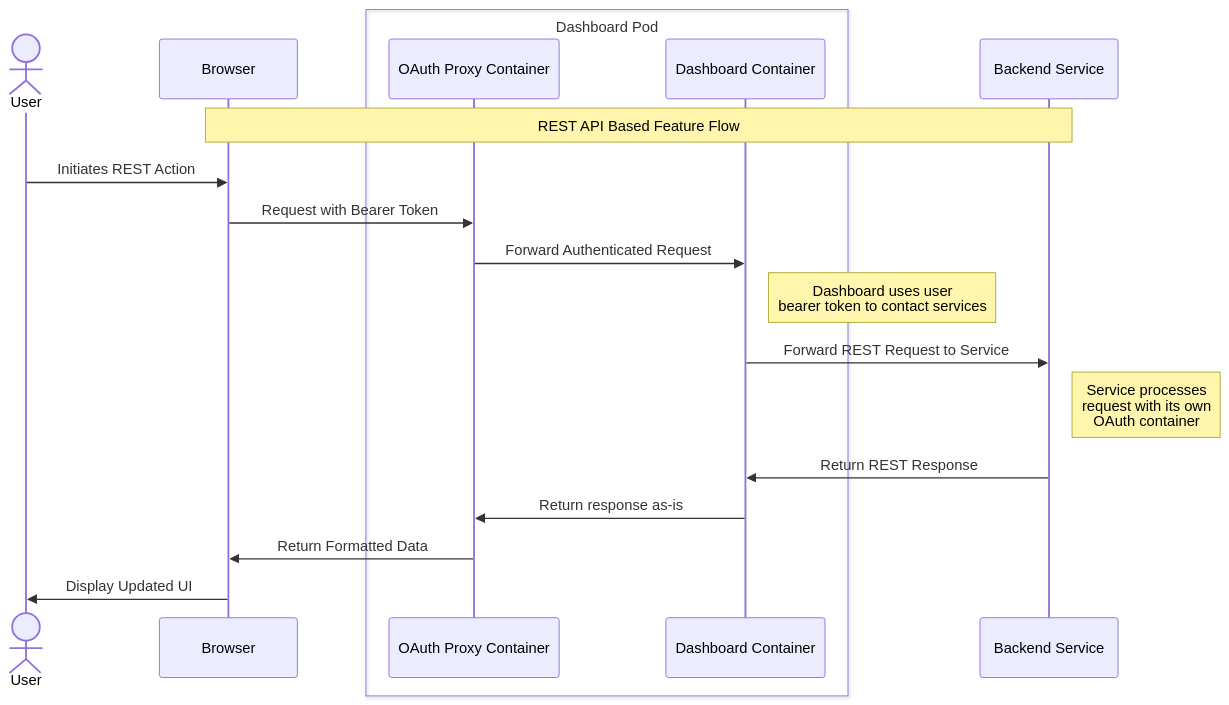
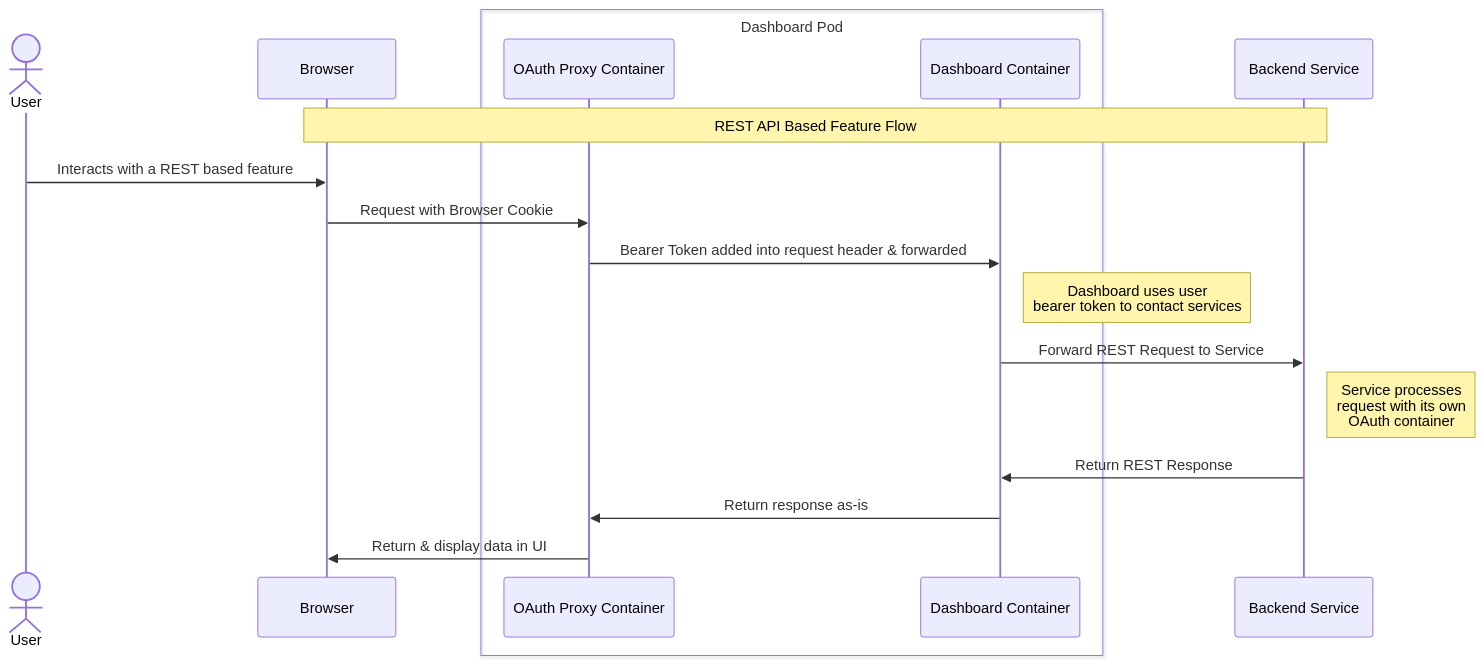
One commit to opendatahub-io/architecture-decision-records changed the fourth of 4 diagrams in documentation/components/dashboard/README.md. Above: the diagram before and after it, drawn with Mermaid. The commit also changed other lines of this file, not shown here.

Commit message:
Apply suggestions from code review
Bulk commit suggestions (thanks @andrew!)

````diff
--- a/documentation/components/dashboard/README.md
+++ b/documentation/components/dashboard/README.md
@@ -122,25 +122,24 @@
 ```mermaid
 sequenceDiagram
     actor User
     participant Browser
     box Dashboard Pod
     participant OAuthProxy as OAuth Proxy Container
     participant Dashboard as Dashboard Container
     end
     participant Service as Backend Service
     
     Note over Browser,Service: REST API Based Feature Flow
     
-    User->>Browser: Initiates REST Action
-    Browser->>OAuthProxy: Request with Bearer Token
-    OAuthProxy->>Dashboard: Forward Authenticated Request
+    User->>Browser: Interacts with a REST based feature
+    Browser->>OAuthProxy: Request with Browser Cookie
+    OAuthProxy->>Dashboard: Bearer Token added into request header & forwarded
     
     Note right of Dashboard: Dashboard uses user<br/>bearer token to contact services
     
     Dashboard->>Service: Forward REST Request to Service
     Note right of Service: Service processes<br/>request with its own<br/>OAuth container
     Service->>Dashboard: Return REST Response
     Dashboard->>OAuthProxy: Return response as-is
-    OAuthProxy->>Browser: Return Formatted Data
-    Browser->>User: Display Updated UI
+    OAuthProxy->>Browser: Return & display data in UI
 ```
````
